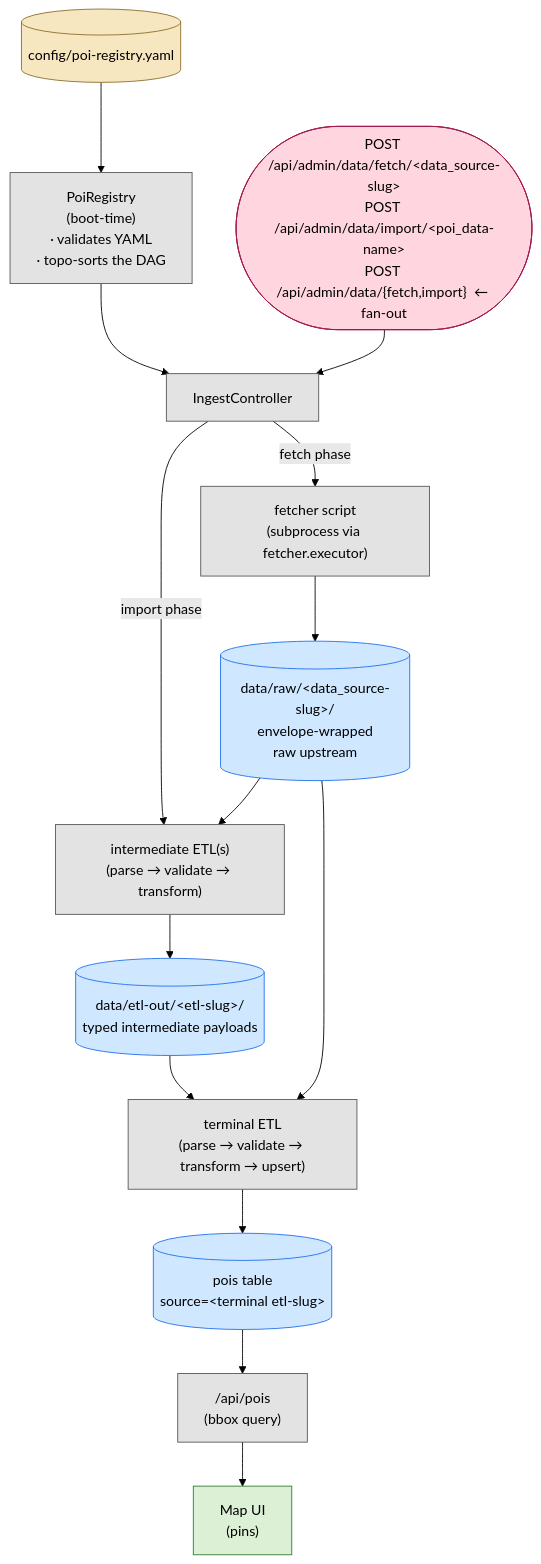
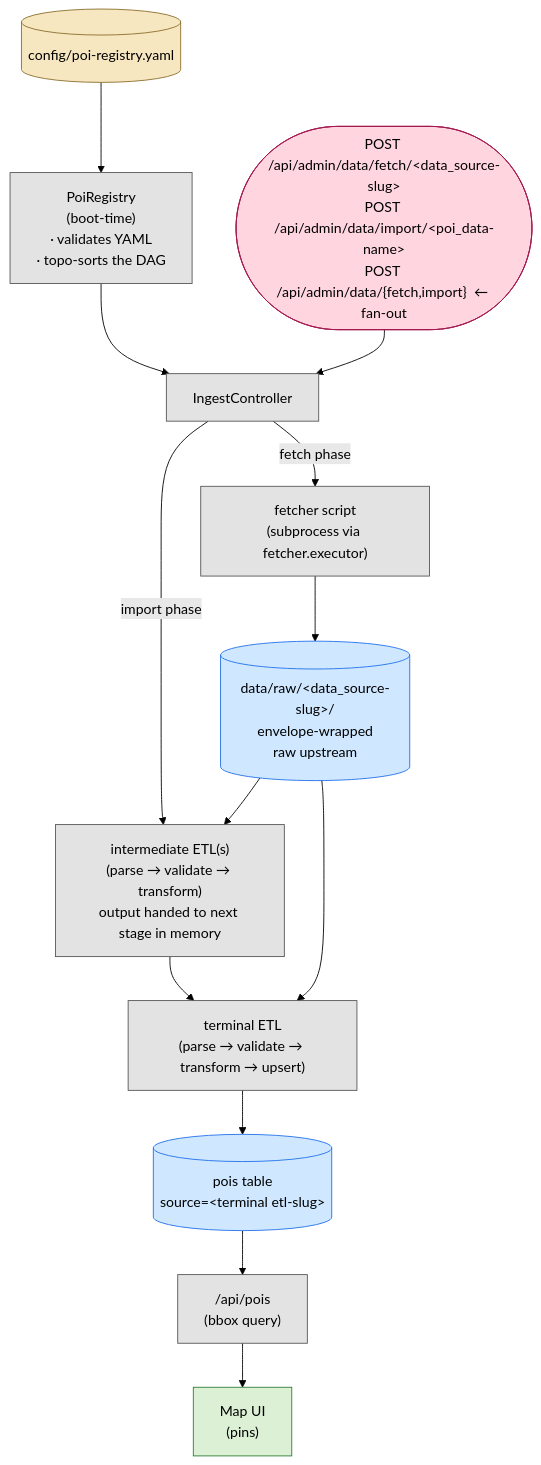
The diagram in docs/adding-a-data-source.md (wwchen/roadtrip), drawn with Mermaid (forest theme) before and after one commit. The commit also changed other lines of this file and 7 other files, not shown here.

````diff
--- a/docs/adding-a-data-source.md
+++ b/docs/adding-a-data-source.md
@@ -7,37 +7,35 @@
 ```mermaid
 flowchart TB
     YAML[("config/poi-registry.yaml")]
     Registry["PoiRegistry<br/>(boot-time)<br/>· validates YAML<br/>· topo-sorts the DAG"]
     Ingest["IngestController"]
     Fetcher["fetcher script<br/>(subprocess via fetcher.executor)"]
     Raw[("data/raw/&lt;data_source-slug&gt;/<br/>envelope-wrapped<br/>raw upstream")]
-    Inter["intermediate ETL(s)<br/>(parse → validate → transform)"]
-    EtlOut[("data/etl-out/&lt;etl-slug&gt;/<br/>typed intermediate payloads")]
+    Inter["intermediate ETL(s)<br/>(parse → validate → transform)<br/>output handed to next stage in memory"]
     Emit["terminal ETL<br/>(parse → validate → transform → upsert)"]
     Pois[("pois table<br/>source=&lt;terminal etl-slug&gt;")]
     PoisAPI["/api/pois<br/>(bbox query)"]
     FE["Map UI<br/>(pins)"]
 
     Trigger(["POST /api/admin/data/fetch/&lt;data_source-slug&gt;<br/>POST /api/admin/data/import/&lt;poi_data-name&gt;<br/>POST /api/admin/data/{fetch,import}  ← fan-out"])
 
     YAML --> Registry --> Ingest
     Trigger --> Ingest
     Ingest -- fetch phase --> Fetcher --> Raw
     Ingest -- import phase --> Inter
-    Raw --> Inter --> EtlOut
-    EtlOut --> Emit
+    Raw --> Inter --> Emit
     Raw --> Emit
     Emit --> Pois
     Pois --> PoisAPI --> FE
 
     classDef cfg fill:#f6e7c1,stroke:#8a6d2b,color:#000
     classDef store fill:#cfe8ff,stroke:#1f6feb,color:#000
     classDef code fill:#e3e3e3,stroke:#555,color:#000
     classDef trig fill:#ffd6e0,stroke:#a3174e,color:#000
     classDef ui fill:#dcf0d6,stroke:#2e7d32,color:#000
     class YAML cfg
-    class Raw,EtlOut,Pois store
+    class Raw,Pois store
     class Registry,Ingest,Fetcher,Inter,Emit,PoisAPI code
     class Trigger trig
     class FE ui
 ```
````
